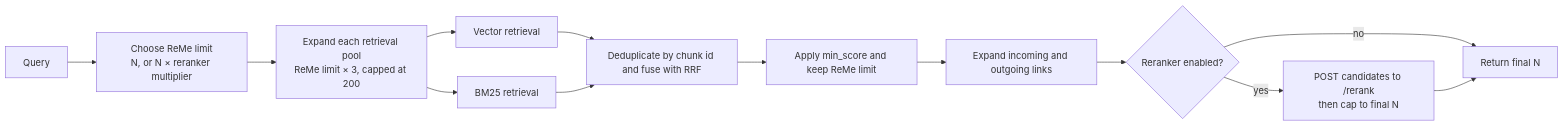
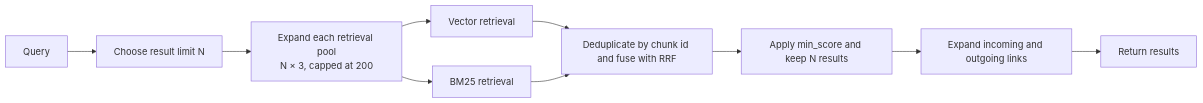
One commit to agentscope-ai/QwenPaw changed the fifth of 5 diagrams in website/public/docs/memory.en.md. Above: the diagram before and after it, drawn with Mermaid. The commit also changed other lines of this file and 3 other files, not shown here.

````diff
--- a/website/public/docs/memory.en.md
+++ b/website/public/docs/memory.en.md
@@ -331,15 +331,12 @@
 ```mermaid
 flowchart LR
-    A[Query] --> B[Choose ReMe limit<br/>N, or N × reranker multiplier]
-    B --> C0[Expand each retrieval pool<br/>ReMe limit × 3, capped at 200]
+    A[Query] --> B[Choose result limit N]
+    B --> C0[Expand each retrieval pool<br/>N × 3, capped at 200]
     C0 --> C[Vector retrieval]
     C0 --> D[BM25 retrieval]
     C --> E[Deduplicate by chunk id and fuse with RRF]
     D --> E
-    E --> F[Apply min_score and keep ReMe limit]
+    E --> F[Apply min_score and keep N results]
     F --> G[Expand incoming and outgoing links]
-    G --> R{Reranker enabled?}
-    R -->|yes| RR[POST candidates to /rerank<br/>then cap to final N]
-    R -->|no| H[Return final N]
-    RR --> H
+    G --> H[Return results]
 ```
````
